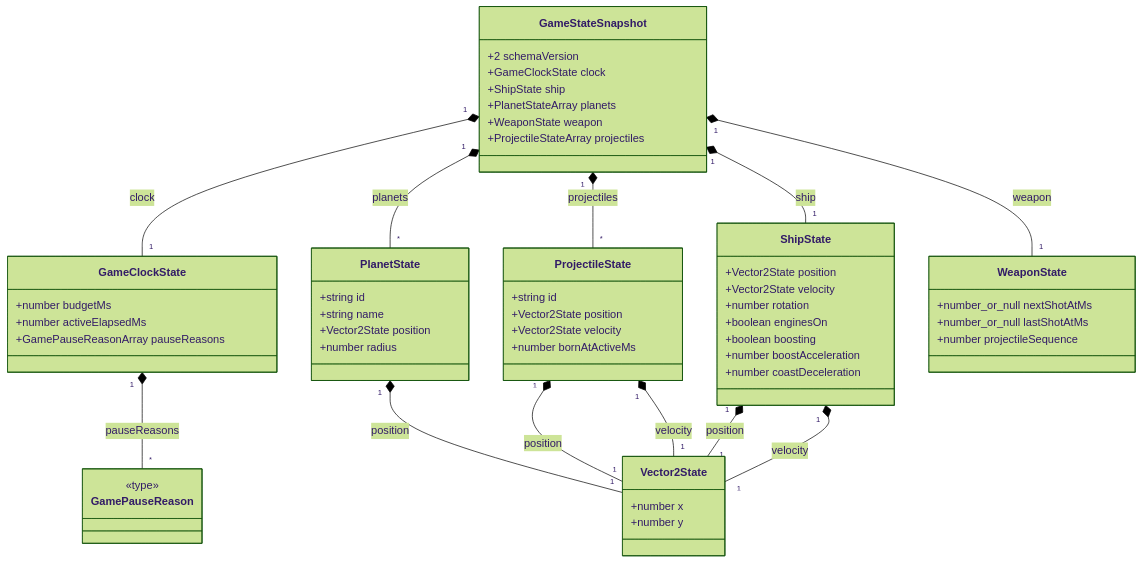
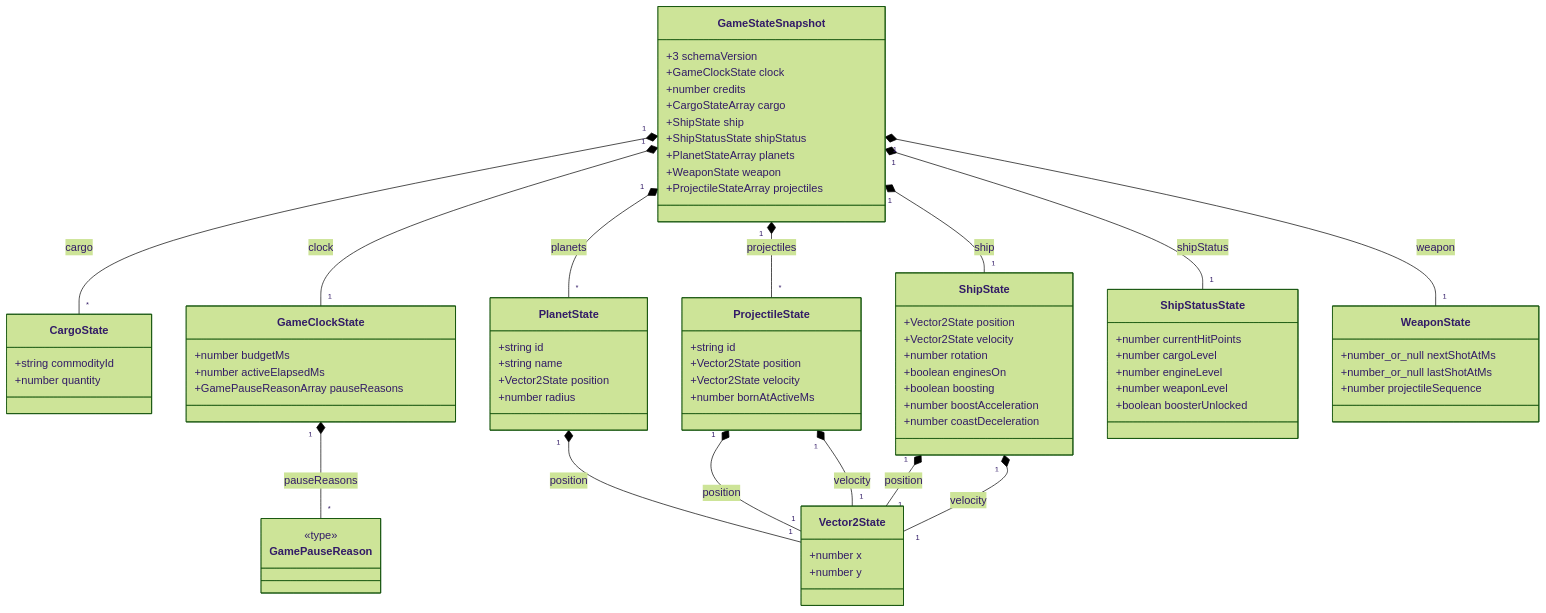
One commit to pdrozdowski/MilkyWayTrader changed the diagram in context/foundation/data-logical-diagram.md. Above: the diagram before and after it, drawn with Mermaid (forest theme). The commit also changed other lines of this file and 15 other files, not shown here.

````diff
--- a/context/foundation/data-logical-diagram.md
+++ b/context/foundation/data-logical-diagram.md
@@ -18,60 +18,76 @@
 ```mermaid
 classDiagram
+    class CargoState {
+        +string commodityId
+        +number quantity
+    }
     class GameClockState {
         +number budgetMs
         +number activeElapsedMs
         +GamePauseReasonArray pauseReasons
     }
     class GamePauseReason {
         <<type>>
     }
     class GameStateSnapshot {
-        +2 schemaVersion
+        +3 schemaVersion
         +GameClockState clock
+        +number credits
+        +CargoStateArray cargo
         +ShipState ship
+        +ShipStatusState shipStatus
         +PlanetStateArray planets
         +WeaponState weapon
         +ProjectileStateArray projectiles
     }
     class PlanetState {
         +string id
         +string name
         +Vector2State position
         +number radius
     }
     class ProjectileState {
         +string id
         +Vector2State position
         +Vector2State velocity
         +number bornAtActiveMs
     }
     class ShipState {
         +Vector2State position
         +Vector2State velocity
         +number rotation
         +boolean enginesOn
         +boolean boosting
         +number boostAcceleration
         +number coastDeceleration
     }
+    class ShipStatusState {
+        +number currentHitPoints
+        +number cargoLevel
+        +number engineLevel
+        +number weaponLevel
+        +boolean boosterUnlocked
+    }
     class Vector2State {
         +number x
         +number y
     }
     class WeaponState {
         +number_or_null nextShotAtMs
         +number_or_null lastShotAtMs
         +number projectileSequence
     }
     GameClockState "1" *-- "*" GamePauseReason : pauseReasons
     GameStateSnapshot "1" *-- "1" GameClockState : clock
+    GameStateSnapshot "1" *-- "*" CargoState : cargo
     GameStateSnapshot "1" *-- "1" ShipState : ship
+    GameStateSnapshot "1" *-- "1" ShipStatusState : shipStatus
     GameStateSnapshot "1" *-- "*" PlanetState : planets
     GameStateSnapshot "1" *-- "1" WeaponState : weapon
     GameStateSnapshot "1" *-- "*" ProjectileState : projectiles
     PlanetState "1" *-- "1" Vector2State : position
     ProjectileState "1" *-- "1" Vector2State : position
     ProjectileState "1" *-- "1" Vector2State : velocity
     ShipState "1" *-- "1" Vector2State : position
     ShipState "1" *-- "1" Vector2State : velocity
 ```
````
